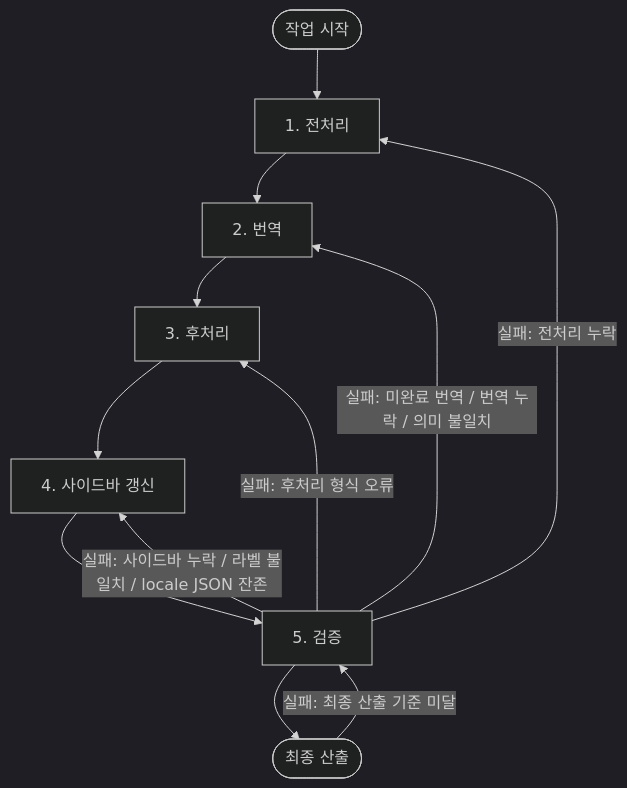
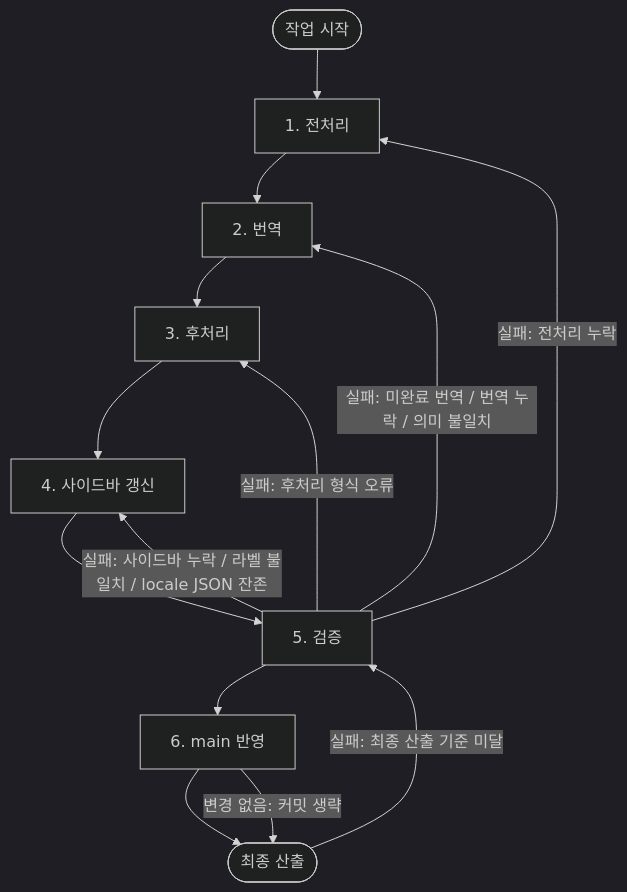
Before and after one commit to letsescape/laravel-docs: the diagram in translation-sync/docs/00-workflow-summary.md, drawn with Mermaid (dark theme). The commit also changed other lines of this file and 1 other file, not shown here.

First line of the commit message:
docs(translation-sync): define main-commit delivery stage

````diff
--- a/translation-sync/docs/00-workflow-summary.md
+++ b/translation-sync/docs/00-workflow-summary.md
@@ -7,14 +7,16 @@
 ```mermaid
 flowchart TD
     A([작업 시작]) --> B[1. 전처리]
     B --> C[2. 번역]
     C --> D[3. 후처리]
     D --> S[4. 사이드바 갱신]
     S --> E[5. 검증]
-    E --> F([최종 산출])
+    E --> G[6. main 반영]
+    G --> F([최종 산출])
     E -- " 실패: 전처리 누락 " --> B
     E -- " 실패: 미완료 번역 / 번역 누락 / 의미 불일치 " --> C
     E -- " 실패: 후처리 형식 오류 " --> D
     E -- " 실패: 사이드바 누락 / 라벨 불일치 / locale JSON 잔존 " --> S
+    G -- " 변경 없음: 커밋 생략 " --> F
     F -- " 실패: 최종 산출 기준 미달 " --> E
 ```
````
